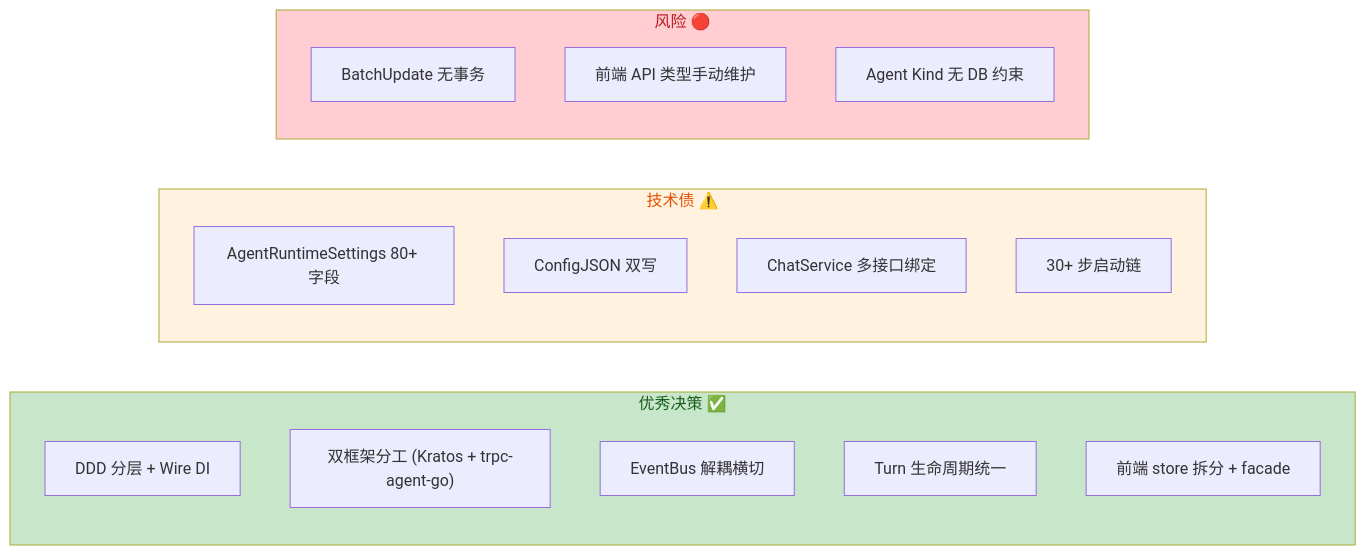
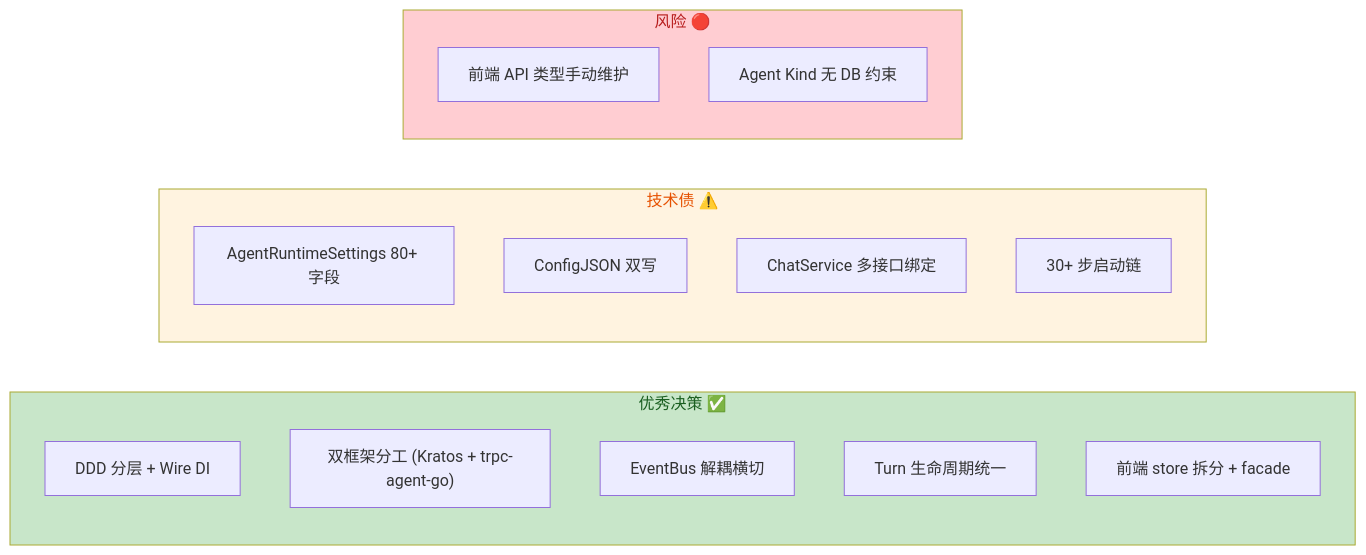
Before and after one commit to AmarsDing/aranea-agents: the second of 9 diagrams in docs/review/full-project-review.md, drawn with Mermaid. The commit also changed other lines of this file and 321 other files, not shown here.

````diff
--- a/docs/review/full-project-review.md
+++ b/docs/review/full-project-review.md
@@ -254,27 +261,26 @@
 ```mermaid
 flowchart LR
     subgraph Good["优秀决策 ✅"]
         G1["DDD 分层 + Wire DI"]
         G2["双框架分工 (Kratos + trpc-agent-go)"]
         G3["EventBus 解耦横切"]
         G4["Turn 生命周期统一"]
         G5["前端 store 拆分 + facade"]
     end
 
     subgraph Debt["技术债 ⚠️"]
         D1["AgentRuntimeSettings 80+ 字段"]
         D2["ConfigJSON 双写"]
         D3["ChatService 多接口绑定"]
         D4["30+ 步启动链"]
     end
 
     subgraph Risk["风险 🔴"]
-        R1["BatchUpdate 无事务"]
-        R2["前端 API 类型手动维护"]
-        R3["Agent Kind 无 DB 约束"]
+        R1["前端 API 类型手动维护"]
+        R2["Agent Kind 无 DB 约束"]
     end
 
     style Good fill:#c8e6c9,color:#1a5e20
     style Debt fill:#fff3e0,color:#e65100
     style Risk fill:#ffcdd2,color:#b71c1c
 ```
````
